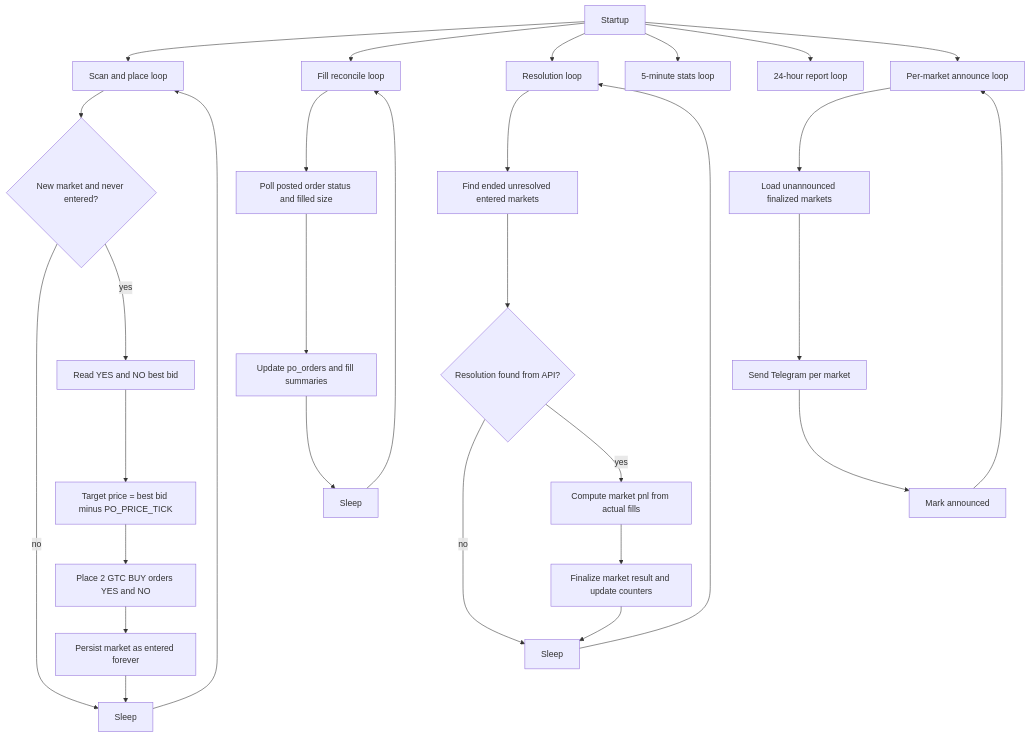
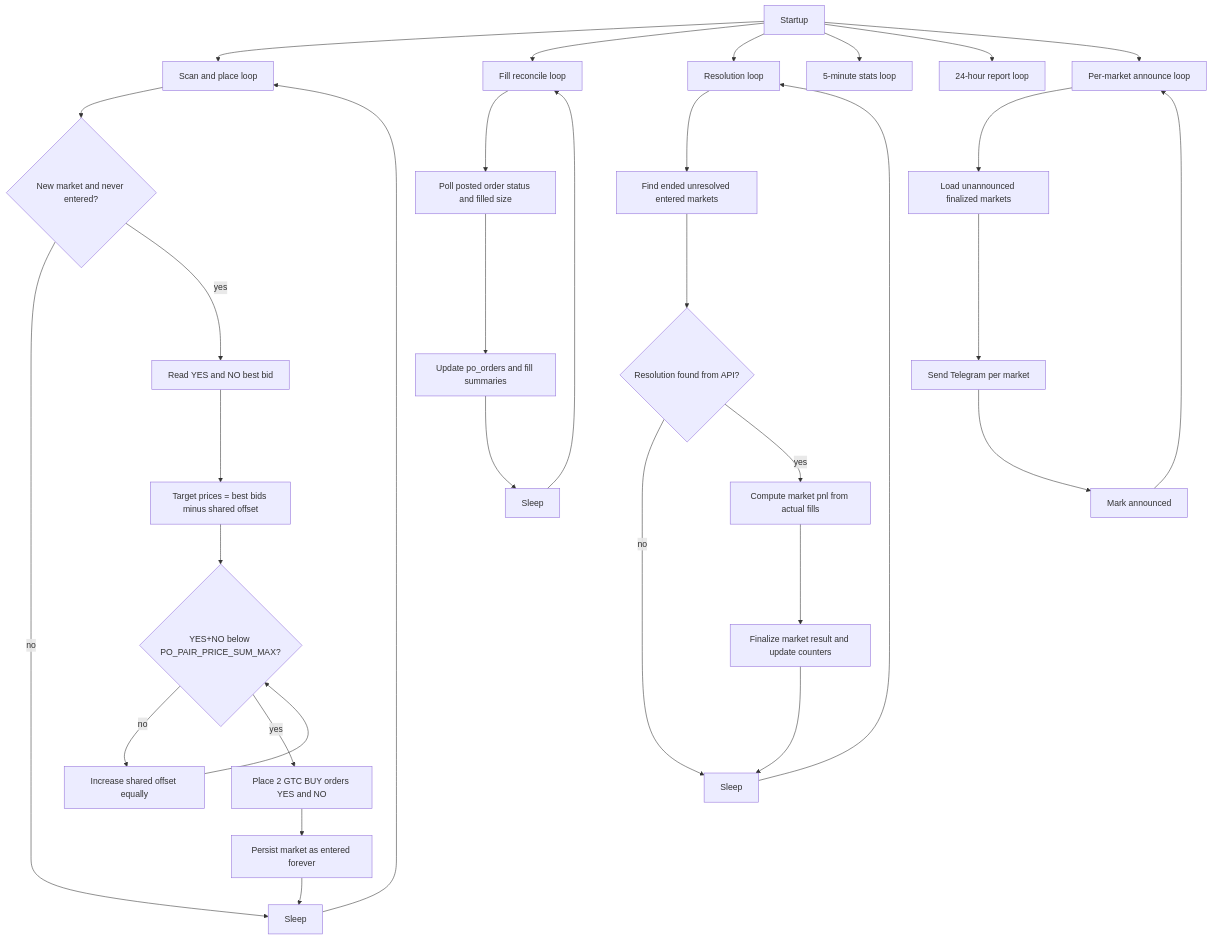
The diagram in README_PO.md (frederickpek/hail), drawn with Mermaid before and after one commit. The commit also changed other lines of this file and 6 other files, not shown here.

````diff
--- a/README_PO.md
+++ b/README_PO.md
@@ -21,36 +22,39 @@
 ```mermaid
 flowchart TD
     startup[Startup] --> scanLoop[Scan and place loop]
     startup --> fillLoop[Fill reconcile loop]
     startup --> resolveLoop[Resolution loop]
     startup --> statsLoop[5-minute stats loop]
     startup --> dailyLoop[24-hour report loop]
     startup --> announceLoop[Per-market announce loop]
 
     scanLoop --> discovered{New market and never entered?}
     discovered -- no --> scanSleep[Sleep]
     discovered -- yes --> readBooks[Read YES and NO best bid]
-    readBooks --> priceCalc[Target price = best bid minus PO_PRICE_TICK]
-    priceCalc --> placePair[Place 2 GTC BUY orders YES and NO]
+    readBooks --> priceCalc[Target prices = best bids minus shared offset]
+    priceCalc --> sumCap{YES+NO below PO_PAIR_PRICE_SUM_MAX?}
+    sumCap -- no --> widenOffset[Increase shared offset equally]
+    widenOffset --> sumCap
+    sumCap -- yes --> placePair[Place 2 GTC BUY orders YES and NO]
     placePair --> markEntered[Persist market as entered forever]
     markEntered --> scanSleep
     scanSleep --> scanLoop
 
     fillLoop --> pollOrders[Poll posted order status and filled size]
     pollOrders --> updateOrders[Update po_orders and fill summaries]
     updateOrders --> fillSleep[Sleep]
     fillSleep --> fillLoop
 
     resolveLoop --> endedMarkets[Find ended unresolved entered markets]
     endedMarkets --> resolved{Resolution found from API?}
     resolved -- no --> resolveSleep[Sleep]
     resolved -- yes --> pnlCalc[Compute market pnl from actual fills]
     pnlCalc --> finalize[Finalize market result and update counters]
     finalize --> resolveSleep
     resolveSleep --> resolveLoop
 
     announceLoop --> pendingMsgs[Load unannounced finalized markets]
     pendingMsgs --> sendMsgs[Send Telegram per market]
     sendMsgs --> markMsgs[Mark announced]
     markMsgs --> announceLoop
 ```
````
